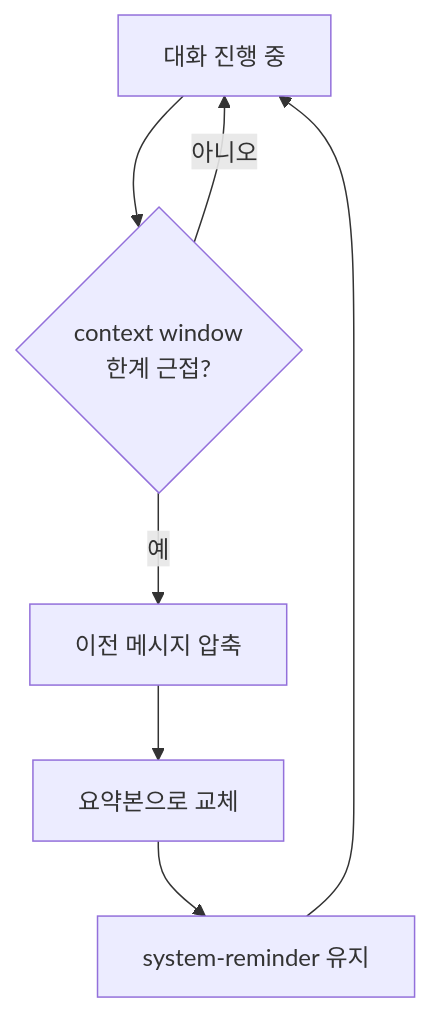
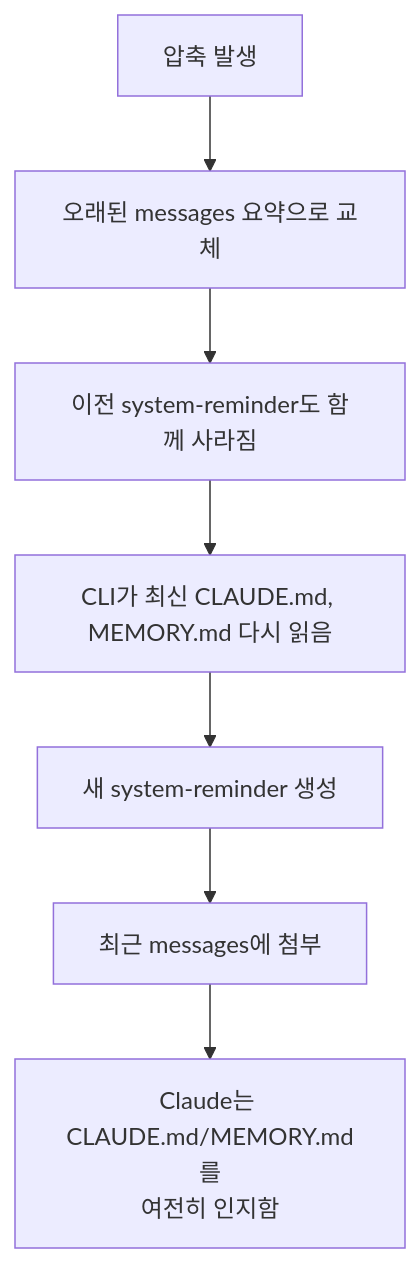
One commit to yunhwane/claude-code-study changed the third of 3 diagrams in docs/context/compression.md. Above: the diagram before and after it, drawn with Mermaid. The commit also changed other lines of this file and 4 other files, not shown here.

````diff
--- a/docs/context/compression.md
+++ b/docs/context/compression.md
@@ -7,9 +128,9 @@
 ```mermaid
 flowchart TD
-    A[대화 진행 중] --> B{context window\n한계 근접?}
-    B -->|아니오| A
-    B -->|예| C[이전 메시지 압축]
-    C --> D[요약본으로 교체]
-    D --> E[system-reminder 유지]
-    E --> A
+    A["압축 발생"] --> B["오래된 messages 요약으로 교체"]
+    B --> C["이전 system-reminder도 함께 사라짐"]
+    C --> D["CLI가 최신 CLAUDE.md, MEMORY.md 다시 읽음"]
+    D --> E["새 system-reminder 생성"]
+    E --> F["최근 messages에 첨부"]
+    F --> G["Claude는 CLAUDE.md/MEMORY.md를<br/>여전히 인지함"]
 ```
````
